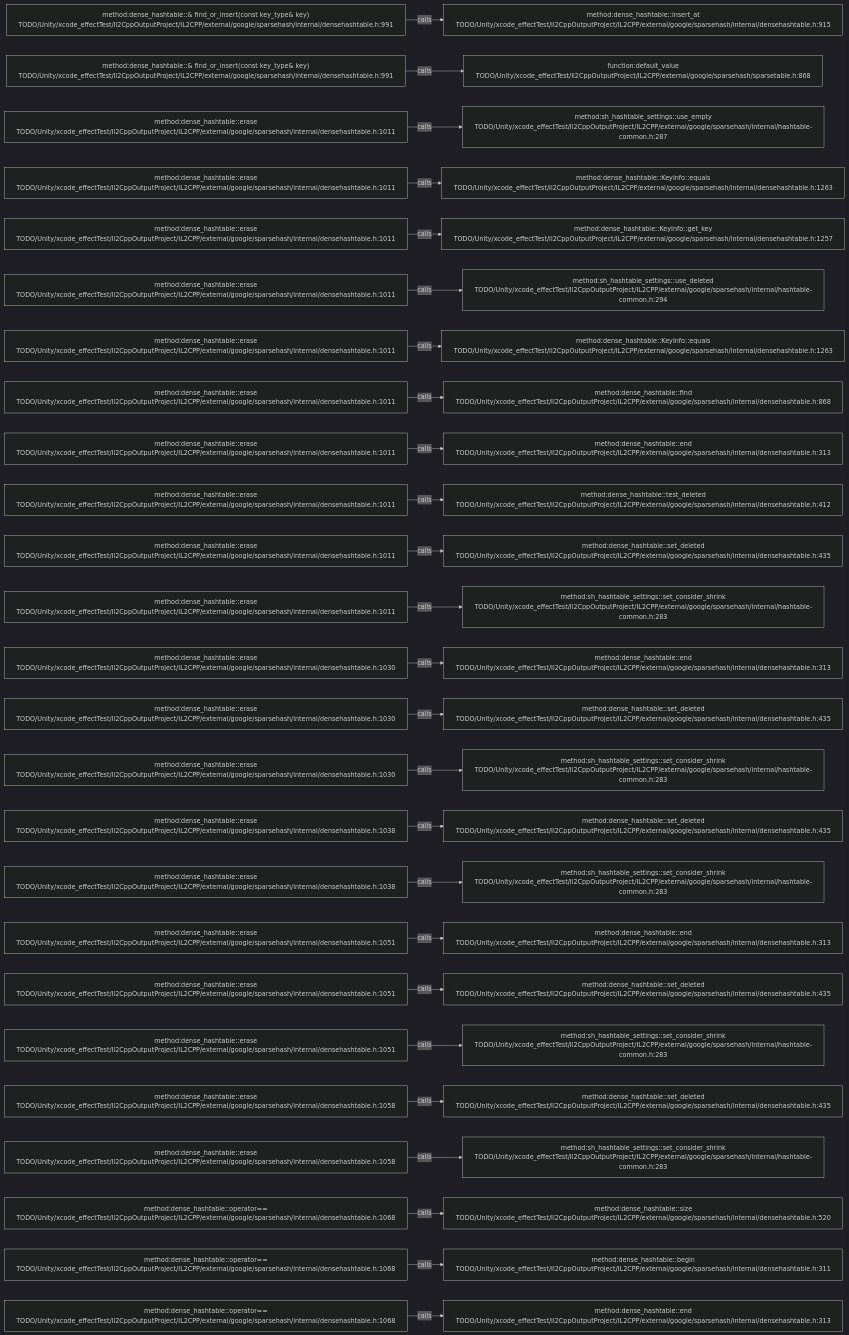
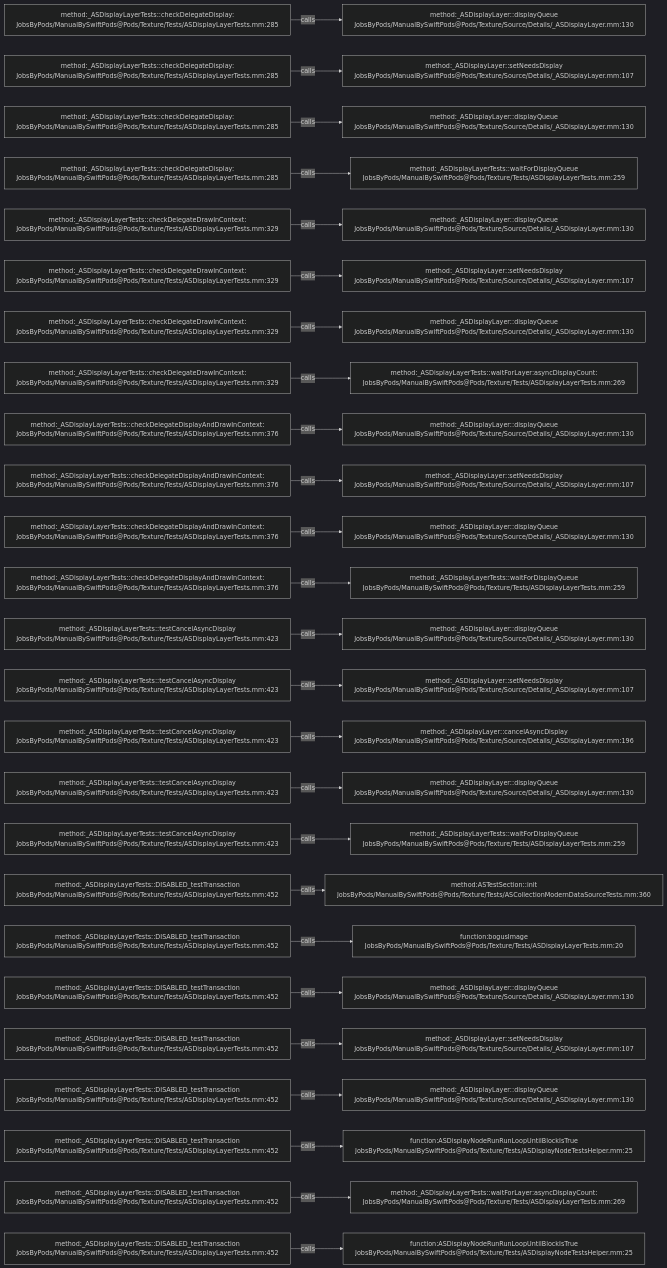
Before and after one commit to JobsKits/JobsSwiftBaseConfigDemo: the diagram in .codegraph/codegraph.md/graphs/calls-199.md, drawn with Mermaid (dark theme). The commit also changed 2959 other files, not shown here.

````diff
--- a/.codegraph/codegraph.md/graphs/calls-199.md
+++ b/.codegraph/codegraph.md/graphs/calls-199.md
@@ -13,78 +13,78 @@
 ```mermaid
 flowchart LR
-  S1["method:dense_hashtable::& find_or_insert(const key_type& key)<br/>TODO/Unity/xcode_effectTest/Il2CppOutputProject/IL2CPP/external/google/sparsehash/internal/densehashtable.h:991"]
-  T1["method:dense_hashtable::insert_at<br/>TODO/Unity/xcode_effectTest/Il2CppOutputProject/IL2CPP/external/google/sparsehash/internal/densehashtable.h:915"]
+  S1["method:_ASDisplayLayerTests::checkDelegateDisplay:<br/>JobsByPods/ManualBySwiftPods@Pods/Texture/Tests/ASDisplayLayerTests.mm:285"]
+  T1["method:_ASDisplayLayer::displayQueue<br/>JobsByPods/ManualBySwiftPods@Pods/Texture/Source/Details/_ASDisplayLayer.mm:130"]
   S1 -->|calls| T1
-  S2["method:dense_hashtable::& find_or_insert(const key_type& key)<br/>TODO/Unity/xcode_effectTest/Il2CppOutputProject/IL2CPP/external/google/sparsehash/internal/densehashtable.h:991"]
-  T2["function:default_value<br/>TODO/Unity/xcode_effectTest/Il2CppOutputProject/IL2CPP/external/google/sparsehash/sparsetable.h:868"]
+  S2["method:_ASDisplayLayerTests::checkDelegateDisplay:<br/>JobsByPods/ManualBySwiftPods@Pods/Texture/Tests/ASDisplayLayerTests.mm:285"]
+  T2["method:_ASDisplayLayer::setNeedsDisplay<br/>JobsByPods/ManualBySwiftPods@Pods/Texture/Source/Details/_ASDisplayLayer.mm:107"]
   S2 -->|calls| T2
-  S3["method:dense_hashtable::erase<br/>TODO/Unity/xcode_effectTest/Il2CppOutputProject/IL2CPP/external/google/sparsehash/internal/densehashtable.h:1011"]
-  T3["method:sh_hashtable_settings::use_empty<br/>TODO/Unity/xcode_effectTest/Il2CppOutputProject/IL2CPP/external/google/sparsehash/internal/hashtable-common.h:287"]
+  S3["method:_ASDisplayLayerTests::checkDelegateDisplay:<br/>JobsByPods/ManualBySwiftPods@Pods/Texture/Tests/ASDisplayLayerTests.mm:285"]
+  T3["method:_ASDisplayLayer::displayQueue<br/>JobsByPods/ManualBySwiftPods@Pods/Texture/Source/Details/_ASDisplayLayer.mm:130"]
   S3 -->|calls| T3
-  S4["method:dense_hashtable::erase<br/>TODO/Unity/xcode_effectTest/Il2CppOutputProject/IL2CPP/external/google/sparsehash/internal/densehashtable.h:1011"]
-  T4["method:dense_hashtable::KeyInfo::equals<br/>TODO/Unity/xcode_effectTest/Il2CppOutputProject/IL2CPP/external/google/sparsehash/internal/densehashtable.h:1263"]
+  S4["method:_ASDisplayLayerTests::checkDelegateDisplay:<br/>JobsByPods/ManualBySwiftPods@Pods/Texture/Tests/ASDisplayLayerTests.mm:285"]
+  T4["method:_ASDisplayLayerTests::waitForDisplayQueue<br/>JobsByPods/ManualBySwiftPods@Pods/Texture/Tests/ASDisplayLayerTests.mm:259"]
   S4 -->|calls| T4
-  S5["method:dense_hashtable::erase<br/>TODO/Unity/xcode_effectTest/Il2CppOutputProject/IL2CPP/external/google/sparsehash/internal/densehashtable.h:1011"]
-  T5["method:dense_hashtable::KeyInfo::get_key<br/>TODO/Unity/xcode_effectTest/Il2CppOutputProject/IL2CPP/external/google/sparsehash/internal/densehashtable.h:1257"]
+  S5["method:_ASDisplayLayerTests::checkDelegateDrawInContext:<br/>JobsByPods/ManualBySwiftPods@Pods/Texture/Tests/ASDisplayLayerTests.mm:329"]
+  T5["method:_ASDisplayLayer::displayQueue<br/>JobsByPods/ManualBySwiftPods@Pods/Texture/Source/Details/_ASDisplayLayer.mm:130"]
   S5 -->|calls| T5
-  S6["method:dense_hashtable::erase<br/>TODO/Unity/xcode_effectTest/Il2CppOutputProject/IL2CPP/external/google/sparsehash/internal/densehashtable.h:1011"]
-  T6["method:sh_hashtable_settings::use_deleted<br/>TODO/Unity/xcode_effectTest/Il2CppOutputProject/IL2CPP/external/google/sparsehash/internal/hashtable-common.h:294"]
+  S6["method:_ASDisplayLayerTests::checkDelegateDrawInContext:<br/>JobsByPods/ManualBySwiftPods@Pods/Texture/Tests/ASDisplayLayerTests.mm:329"]
+  T6["method:_ASDisplayLayer::setNeedsDisplay<br/>JobsByPods/ManualBySwiftPods@Pods/Texture/Source/Details/_ASDisplayLayer.mm:107"]
   S6 -->|calls| T6
-  S7["method:dense_hashtable::erase<br/>TODO/Unity/xcode_effectTest/Il2CppOutputProject/IL2CPP/external/google/sparsehash/internal/densehashtable.h:1011"]
-  T7["method:dense_hashtable::KeyInfo::equals<br/>TODO/Unity/xcode_effectTest/Il2CppOutputProject/IL2CPP/external/google/sparsehash/internal/densehashtable.h:1263"]
+  S7["method:_ASDisplayLayerTests::checkDelegateDrawInContext:<br/>JobsByPods/ManualBySwiftPods@Pods/Texture/Tests/ASDisplayLayerTests.mm:329"]
+  T7["method:_ASDisplayLayer::displayQueue<br/>JobsByPods/ManualBySwiftPods@Pods/Texture/Source/Details/_ASDisplayLayer.mm:130"]
   S7 -->|calls| T7
-  S8["method:dense_hashtable::erase<br/>TODO/Unity/xcode_effectTest/Il2CppOutputProject/IL2CPP/external/google/sparsehash/internal/densehashtable.h:1011"]
-  T8["method:dense_hashtable::find<br/>TODO/Unity/xcode_effectTest/Il2CppOutputProject/IL2CPP/external/google/sparsehash/internal/densehashtable.h:868"]
+  S8["method:_ASDisplayLayerTests::checkDelegateDrawInContext:<br/>JobsByPods/ManualBySwiftPods@Pods/Texture/Tests/ASDisplayLayerTests.mm:329"]
+  T8["method:_ASDisplayLayerTests::waitForLayer:asyncDisplayCount:<br/>JobsByPods/ManualBySwiftPods@Pods/Texture/Tests/ASDisplayLayerTests.mm:269"]
   S8 -->|calls| T8
-  S9["method:dense_hashtable::erase<br/>TODO/Unity/xcode_effectTest/Il2CppOutputProject/IL2CPP/external/google/sparsehash/internal/densehashtable.h:1011"]
-  T9["method:dense_hashtable::end<br/>TODO/Unity/xcode_effectTest/Il2CppOutputProject/IL2CPP/external/google/sparsehash/internal/densehashtable.h:313"]
+  S9["method:_ASDisplayLayerTests::checkDelegateDisplayAndDrawInContext:<br/>JobsByPods/ManualBySwiftPods@Pods/Texture/Tests/ASDisplayLayerTests.mm:376"]
+  T9["method:_ASDisplayLayer::displayQueue<br/>JobsByPods/ManualBySwiftPods@Pods/Texture/Source/Details/_ASDisplayLayer.mm:130"]
   S9 -->|calls| T9
-  S10["method:dense_hashtable::erase<br/>TODO/Unity/xcode_effectTest/Il2CppOutputProject/IL2CPP/external/google/sparsehash/internal/densehashtable.h:1011"]
-  T10["method:dense_hashtable::test_deleted<br/>TODO/Unity/xcode_effectTest/Il2CppOutputProject/IL2CPP/external/google/sparsehash/internal/densehashtable.h:412"]
+  S10["method:_ASDisplayLayerTests::checkDelegateDisplayAndDrawInContext:<br/>JobsByPods/ManualBySwiftPods@Pods/Texture/Tests/ASDisplayLayerTests.mm:376"]
+  T10["method:_ASDisplayLayer::setNeedsDisplay<br/>JobsByPods/ManualBySwiftPods@Pods/Texture/Source/Details/_ASDisplayLayer.mm:107"]
   S10 -->|calls| T10
-  S11["method:dense_hashtable::erase<br/>TODO/Unity/xcode_effectTest/Il2CppOutputProject/IL2CPP/external/google/sparsehash/internal/densehashtable.h:1011"]
-  T11["method:dense_hashtable::set_deleted<br/>TODO/Unity/xcode_effectTest/Il2CppOutputProject/IL2CPP/external/google/sparsehash/internal/densehashtable.h:435"]
+  S11["method:_ASDisplayLayerTests::checkDelegateDisplayAndDrawInContext:<br/>JobsByPods/ManualBySwiftPods@Pods/Texture/Tests/ASDisplayLayerTests.mm:376"]
+  T11["method:_ASDisplayLayer::displayQueue<br/>JobsByPods/ManualBySwiftPods@Pods/Texture/Source/Details/_ASDisplayLayer.mm:130"]
   S11 -->|calls| T11
-  S12["method:dense_hashtable::erase<br/>TODO/Unity/xcode_effectTest/Il2CppOutputProject/IL2CPP/external/google/sparsehash/internal/densehashtable.h:1011"]
-  T12["method:sh_hashtable_settings::set_consider_shrink<br/>TODO/Unity/xcode_effectTest/Il2CppOutputProject/IL2CPP/external/google/sparsehash/internal/hashtable-common.h:283"]
+  S12["method:_ASDisplayLayerTests::checkDelegateDisplayAndDrawInContext:<br/>JobsByPods/ManualBySwiftPods@Pods/Texture/Tests/ASDisplayLayerTests.mm:376"]
+  T12["method:_ASDisplayLayerTests::waitForDisplayQueue<br/>JobsByPods/ManualBySwiftPods@Pods/Texture/Tests/ASDisplayLayerTests.mm:259"]
   S12 -->|calls| T12
-  S13["method:dense_hashtable::erase<br/>TODO/Unity/xcode_effectTest/Il2CppOutputProject/IL2CPP/external/google/sparsehash/internal/densehashtable.h:1030"]
-  T13["method:dense_hashtable::end<br/>TODO/Unity/xcode_effectTest/Il2CppOutputProject/IL2CPP/external/google/sparsehash/internal/densehashtable.h:313"]
+  S13["method:_ASDisplayLayerTests::testCancelAsyncDisplay<br/>JobsByPods/ManualBySwiftPods@Pods/Texture/Tests/ASDisplayLayerTests.mm:423"]
+  T13["method:_ASDisplayLayer::displayQueue<br/>JobsByPods/ManualBySwiftPods@Pods/Texture/Source/Details/_ASDisplayLayer.mm:130"]
   S13 -->|calls| T13
-  S14["method:dense_hashtable::erase<br/>TODO/Unity/xcode_effectTest/Il2CppOutputProject/IL2CPP/external/google/sparsehash/internal/densehashtable.h:1030"]
-  T14["method:dense_hashtable::set_deleted<br/>TODO/Unity/xcode_effectTest/Il2CppOutputProject/IL2CPP/external/google/sparsehash/internal/densehashtable.h:435"]
+  S14["method:_ASDisplayLayerTests::testCancelAsyncDisplay<br/>JobsByPods/ManualBySwiftPods@Pods/Texture/Tests/ASDisplayLayerTests.mm:423"]
+  T14["method:_ASDisplayLayer::setNeedsDisplay<br/>JobsByPods/ManualBySwiftPods@Pods/Texture/Source/Details/_ASDisplayLayer.mm:107"]
   S14 -->|calls| T14
-  S15["method:dense_hashtable::erase<br/>TODO/Unity/xcode_effectTest/Il2CppOutputProject/IL2CPP/external/google/sparsehash/internal/densehashtable.h:1030"]
-  T15["method:sh_hashtable_settings::set_consider_shrink<br/>TODO/Unity/xcode_effectTest/Il2CppOutputProject/IL2CPP/external/google/sparsehash/internal/hashtable-common.h:283"]
+  S15["method:_ASDisplayLayerTests::testCancelAsyncDisplay<br/>JobsByPods/ManualBySwiftPods@Pods/Texture/Tests/ASDisplayLayerTests.mm:423"]
+  T15["method:_ASDisplayLayer::cancelAsyncDisplay<br/>JobsByPods/ManualBySwiftPods@Pods/Texture/Source/Details/_ASDisplayLayer.mm:196"]
   S15 -->|calls| T15
-  S16["method:dense_hashtable::erase<br/>TODO/Unity/xcode_effectTest/Il2CppOutputProject/IL2CPP/external/google/sparsehash/internal/densehashtable.h:1038"]
-  T16["method:dense_hashtable::set_deleted<br/>TODO/Unity/xcode_effectTest/Il2CppOutputProject/IL2CPP/external/google/sparsehash/internal/densehashtable.h:435"]
+  S16["method:_ASDisplayLayerTests::testCancelAsyncDisplay<br/>JobsByPods/ManualBySwiftPods@Pods/Texture/Tests/ASDisplayLayerTests.mm:423"]
+  T16["method:_ASDisplayLayer::displayQueue<br/>JobsByPods/ManualBySwiftPods@Pods/Texture/Source/Details/_ASDisplayLayer.mm:130"]
   S16 -->|calls| T16
-  S17["method:dense_hashtable::erase<br/>TODO/Unity/xcode_effectTest/Il2CppOutputProject/IL2CPP/external/google/sparsehash/internal/densehashtable.h:1038"]
-  T17["method:sh_hashtable_settings::set_consider_shrink<br/>TODO/Unity/xcode_effectTest/Il2CppOutputProject/IL2CPP/external/google/sparsehash/internal/hashtable-common.h:283"]
+  S17["method:_ASDisplayLayerTests::testCancelAsyncDisplay<br/>JobsByPods/ManualBySwiftPods@Pods/Texture/Tests/ASDisplayLayerTests.mm:423"]
+  T17["method:_ASDisplayLayerTests::waitForDisplayQueue<br/>JobsByPods/ManualBySwiftPods@Pods/Texture/Tests/ASDisplayLayerTests.mm:259"]
   S17 -->|calls| T17
-  S18["method:dense_hashtable::erase<br/>TODO/Unity/xcode_effectTest/Il2CppOutputProject/IL2CPP/external/google/sparsehash/internal/densehashtable.h:1051"]
-  T18["method:dense_hashtable::end<br/>TODO/Unity/xcode_effectTest/Il2CppOutputProject/IL2CPP/external/google/sparsehash/internal/densehashtable.h:313"]
+  S18["method:_ASDisplayLayerTests::DISABLED_testTransaction<br/>JobsByPods/ManualBySwiftPods@Pods/Texture/Tests/ASDisplayLayerTests.mm:452"]
+  T18["method:ASTestSection::init<br/>JobsByPods/ManualBySwiftPods@Pods/Texture/Tests/ASCollectionModernDataSourceTests.mm:360"]
   S18 -->|calls| T18
-  S19["method:dense_hashtable::erase<br/>TODO/Unity/xcode_effectTest/Il2CppOutputProject/IL2CPP/external/google/sparsehash/internal/densehashtable.h:1051"]
-  T19["method:dense_hashtable::set_deleted<br/>TODO/Unity/xcode_effectTest/Il2CppOutputProject/IL2CPP/external/google/sparsehash/internal/densehashtable.h:435"]
+  S19["method:_ASDisplayLayerTests::DISABLED_testTransaction<br/>JobsByPods/ManualBySwiftPods@Pods/Texture/Tests/ASDisplayLayerTests.mm:452"]
+  T19["function:bogusImage<br/>JobsByPods/ManualBySwiftPods@Pods/Texture/Tests/ASDisplayLayerTests.mm:20"]
   S19 -->|calls| T19
-  S20["method:dense_hashtable::erase<br/>TODO/Unity/xcode_effectTest/Il2CppOutputProject/IL2CPP/external/google/sparsehash/internal/densehashtable.h:1051"]
-  T20["method:sh_hashtable_settings::set_consider_shrink<br/>TODO/Unity/xcode_effectTest/Il2CppOutputProject/IL2CPP/external/google/sparsehash/internal/hashtable-common.h:283"]
+  S20["method:_ASDisplayLayerTests::DISABLED_testTransaction<br/>JobsByPods/ManualBySwiftPods@Pods/Texture/Tests/ASDisplayLayerTests.mm:452"]
+  T20["method:_ASDisplayLayer::displayQueue<br/>JobsByPods/ManualBySwiftPods@Pods/Texture/Source/Details/_ASDisplayLayer.mm:130"]
   S20 -->|calls| T20
-  S21["method:dense_hashtable::erase<br/>TODO/Unity/xcode_effectTest/Il2CppOutputProject/IL2CPP/external/google/sparsehash/internal/densehashtable.h:1058"]
-  T21["method:dense_hashtable::set_deleted<br/>TODO/Unity/xcode_effectTest/Il2CppOutputProject/IL2CPP/external/google/sparsehash/internal/densehashtable.h:435"]
+  S21["method:_ASDisplayLayerTests::DISABLED_testTransaction<br/>JobsByPods/ManualBySwiftPods@Pods/Texture/Tests/ASDisplayLayerTests.mm:452"]
+  T21["method:_ASDisplayLayer::setNeedsDisplay<br/>JobsByPods/ManualBySwiftPods@Pods/Texture/Source/Details/_ASDisplayLayer.mm:107"]
   S21 -->|calls| T21
-  S22["method:dense_hashtable::erase<br/>TODO/Unity/xcode_effectTest/Il2CppOutputProject/IL2CPP/external/google/sparsehash/internal/densehashtable.h:1058"]
-  T22["method:sh_hashtable_settings::set_consider_shrink<br/>TODO/Unity/xcode_effectTest/Il2CppOutputProject/IL2CPP/external/google/sparsehash/internal/hashtable-common.h:283"]
+  S22["method:_ASDisplayLayerTests::DISABLED_testTransaction<br/>JobsByPods/ManualBySwiftPods@Pods/Texture/Tests/ASDisplayLayerTests.mm:452"]
+  T22["method:_ASDisplayLayer::displayQueue<br/>JobsByPods/ManualBySwiftPods@Pods/Texture/Source/Details/_ASDisplayLayer.mm:130"]
   S22 -->|calls| T22
-  S23["method:dense_hashtable::operator==<br/>TODO/Unity/xcode_effectTest/Il2CppOutputProject/IL2CPP/external/google/sparsehash/internal/densehashtable.h:1068"]
-  T23["method:dense_hashtable::size<br/>TODO/Unity/xcode_effectTest/Il2CppOutputProject/IL2CPP/external/google/sparsehash/internal/densehashtable.h:520"]
+  S23["method:_ASDisplayLayerTests::DISABLED_testTransaction<br/>JobsByPods/ManualBySwiftPods@Pods/Texture/Tests/ASDisplayLayerTests.mm:452"]
+  T23["function:ASDisplayNodeRunRunLoopUntilBlockIsTrue<br/>JobsByPods/ManualBySwiftPods@Pods/Texture/Tests/ASDisplayNodeTestsHelper.mm:25"]
   S23 -->|calls| T23
-  S24["method:dense_hashtable::operator==<br/>TODO/Unity/xcode_effectTest/Il2CppOutputProject/IL2CPP/external/google/sparsehash/internal/densehashtable.h:1068"]
-  T24["method:dense_hashtable::begin<br/>TODO/Unity/xcode_effectTest/Il2CppOutputProject/IL2CPP/external/google/sparsehash/internal/densehashtable.h:311"]
+  S24["method:_ASDisplayLayerTests::DISABLED_testTransaction<br/>JobsByPods/ManualBySwiftPods@Pods/Texture/Tests/ASDisplayLayerTests.mm:452"]
+  T24["method:_ASDisplayLayerTests::waitForLayer:asyncDisplayCount:<br/>JobsByPods/ManualBySwiftPods@Pods/Texture/Tests/ASDisplayLayerTests.mm:269"]
   S24 -->|calls| T24
-  S25["method:dense_hashtable::operator==<br/>TODO/Unity/xcode_effectTest/Il2CppOutputProject/IL2CPP/external/google/sparsehash/internal/densehashtable.h:1068"]
-  T25["method:dense_hashtable::end<br/>TODO/Unity/xcode_effectTest/Il2CppOutputProject/IL2CPP/external/google/sparsehash/internal/densehashtable.h:313"]
+  S25["method:_ASDisplayLayerTests::DISABLED_testTransaction<br/>JobsByPods/ManualBySwiftPods@Pods/Texture/Tests/ASDisplayLayerTests.mm:452"]
+  T25["function:ASDisplayNodeRunRunLoopUntilBlockIsTrue<br/>JobsByPods/ManualBySwiftPods@Pods/Texture/Tests/ASDisplayNodeTestsHelper.mm:25"]
   S25 -->|calls| T25
 ```
````
